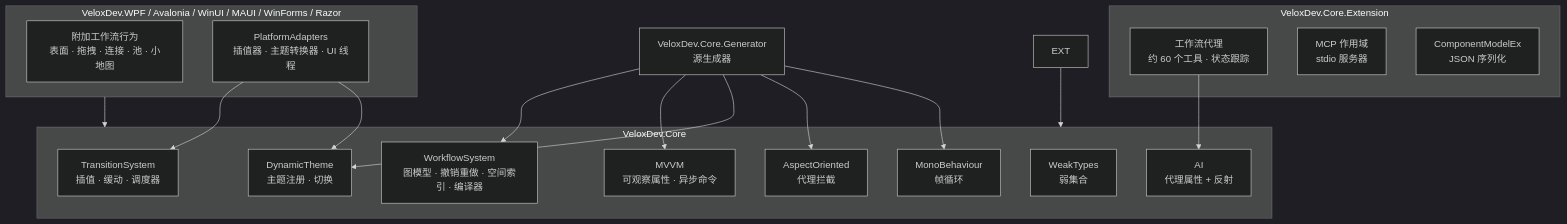
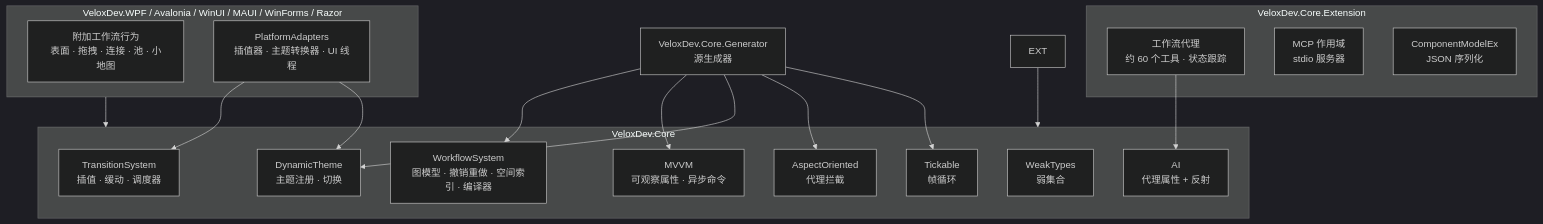
One commit to Axvser/VeloxDev.Docs changed the diagram in src/CloudGlyph/Assets/Docs/content/zh/3_SE分析/01_功能结构/index.md. Above: the diagram before and after it, drawn with Mermaid (dark theme). The commit also changed other lines of this file and 591 other files, not shown here.

````diff
--- a/src/CloudGlyph/Assets/Docs/content/zh/3_SE分析/01_功能结构/index.md
+++ b/src/CloudGlyph/Assets/Docs/content/zh/3_SE分析/01_功能结构/index.md
@@ -21,32 +21,32 @@
 ```mermaid
 flowchart TD
     subgraph Core [VeloxDev.Core]
         WF[WorkflowSystem<br/>图模型 · 撤销重做 · 空间索引 · 编译器]
         MV[MVVM<br/>可观察属性 · 异步命令]
         TR[TransitionSystem<br/>插值 · 缓动 · 调度器]
         TH[DynamicTheme<br/>主题注册 · 切换]
         AOP[AspectOriented<br/>代理拦截]
-        MB[MonoBehaviour<br/>帧循环]
+        MB[Tickable<br/>帧循环]
         WT[WeakTypes<br/>弱集合]
         AI[AI<br/>代理属性 + 反射]
     end
     subgraph Ext [VeloxDev.Core.Extension]
         AGT[工作流代理<br/>约 60 个工具 · 状态跟踪]
         MCP[MCP 作用域<br/>stdio 服务器]
         SER[ComponentModelEx<br/>JSON 序列化]
     end
     subgraph Adapters [VeloxDev.WPF / Avalonia / WinUI / MAUI / WinForms / Razor]
         AB[附加工作流行为<br/>表面 · 拖拽 · 连接 · 池 · 小地图]
         PA[PlatformAdapters<br/>插值器 · 主题转换器 · UI 线程]
     end
     GEN[VeloxDev.Core.Generator<br/>源生成器] --> WF
     GEN --> MV
     GEN --> TH
     GEN --> AOP
     GEN --> MB
     EXT --> Core
     AGT --> AI
     Adapters --> Core
     PA --> TR
     PA --> TH
 ```
````
